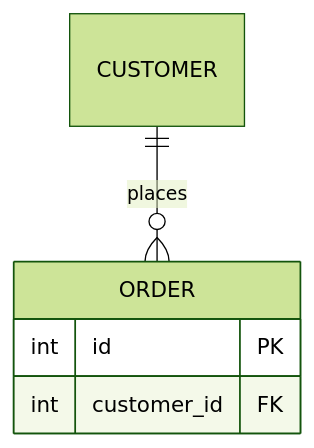
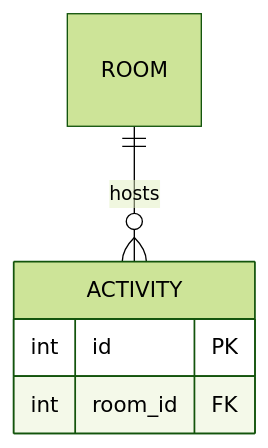
The second of 3 diagrams in README.md (ikisuke/er-tools), drawn with Mermaid (forest theme) before and after one commit. The commit also changed other lines of this file and 11 other files, not shown here.

````diff
--- a/README.md
+++ b/README.md
@@ -106,8 +106,8 @@
 ```mermaid
 erDiagram
-    ORDER {
+    ACTIVITY {
         int id PK
-        int customer_id FK
+        int room_id FK
     }
-    CUSTOMER ||--o{ ORDER : "places"
+    ROOM ||--o{ ACTIVITY : "hosts"
 ```
````
